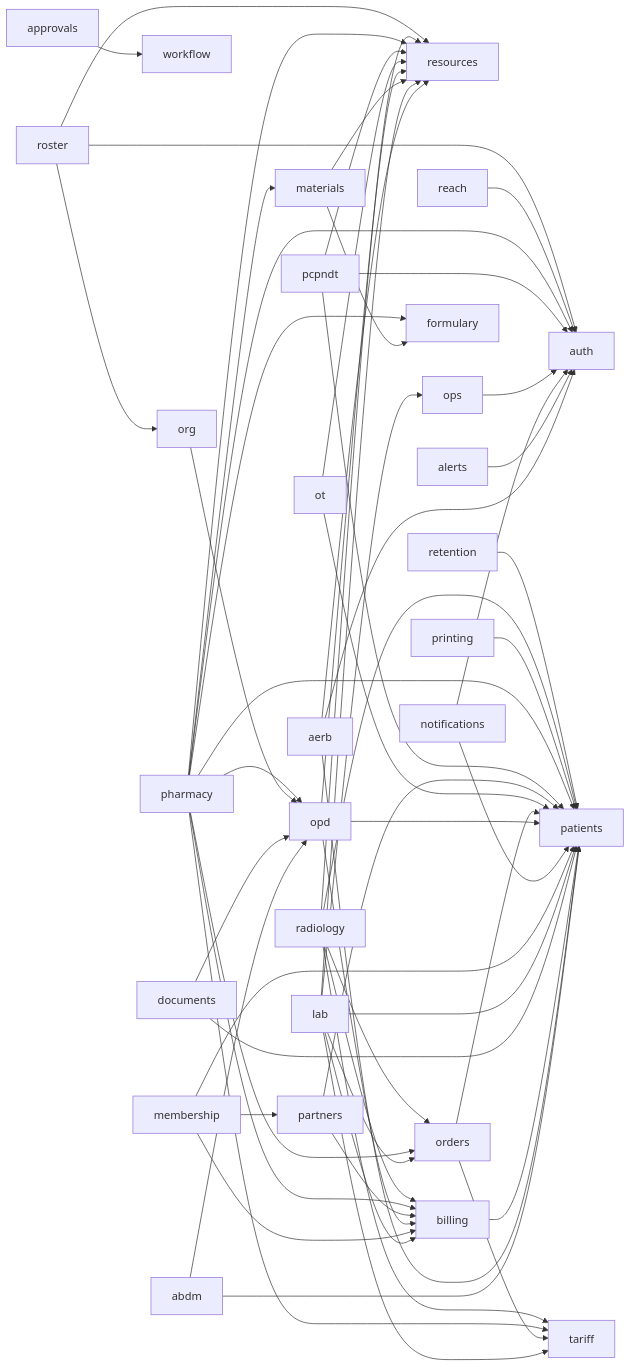
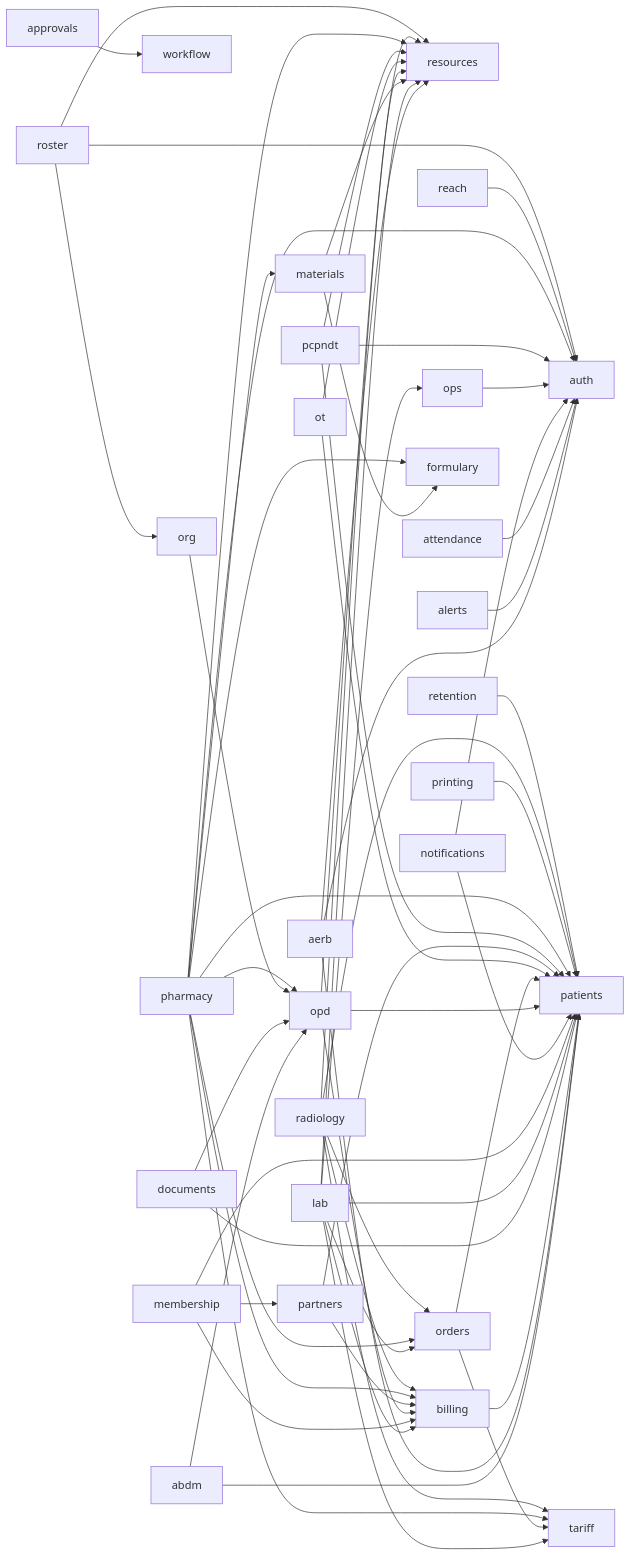
One commit to ankits3a/hims-hmis changed the diagram in docs/architecture/schema.md. Above: the diagram before and after it, drawn with Mermaid. The commit also changed other lines of this file and 93 other files, not shown here.

````diff
--- a/docs/architecture/schema.md
+++ b/docs/architecture/schema.md
@@ -13,60 +13,61 @@
 ```mermaid
 flowchart LR
   abdm[abdm] --> opd[opd]
   abdm[abdm] --> patients[patients]
   aerb[aerb] --> auth[auth]
   aerb[aerb] --> patients[patients]
   aerb[aerb] --> resources[resources]
   alerts[alerts] --> auth[auth]
   approvals[approvals] --> workflow[workflow]
+  attendance[attendance] --> auth[auth]
   billing[billing] --> patients[patients]
   documents[documents] --> opd[opd]
   documents[documents] --> patients[patients]
   lab[lab] --> billing[billing]
   lab[lab] --> ops[ops]
   lab[lab] --> orders[orders]
   lab[lab] --> patients[patients]
   lab[lab] --> resources[resources]
   lab[lab] --> tariff[tariff]
   materials[materials] --> formulary[formulary]
   materials[materials] --> resources[resources]
   membership[membership] --> billing[billing]
   membership[membership] --> partners[partners]
   membership[membership] --> patients[patients]
   notifications[notifications] --> auth[auth]
   notifications[notifications] --> patients[patients]
   opd[opd] --> billing[billing]
   opd[opd] --> patients[patients]
   opd[opd] --> resources[resources]
   ops[ops] --> auth[auth]
   orders[orders] --> patients[patients]
   orders[orders] --> tariff[tariff]
   org[org] --> opd[opd]
   ot[ot] --> patients[patients]
   ot[ot] --> resources[resources]
   partners[partners] --> billing[billing]
   partners[partners] --> patients[patients]
   pcpndt[pcpndt] --> auth[auth]
   pcpndt[pcpndt] --> patients[patients]
   pcpndt[pcpndt] --> resources[resources]
   pharmacy[pharmacy] --> auth[auth]
   pharmacy[pharmacy] --> billing[billing]
   pharmacy[pharmacy] --> formulary[formulary]
   pharmacy[pharmacy] --> materials[materials]
   pharmacy[pharmacy] --> opd[opd]
   pharmacy[pharmacy] --> orders[orders]
   pharmacy[pharmacy] --> patients[patients]
   pharmacy[pharmacy] --> resources[resources]
   pharmacy[pharmacy] --> tariff[tariff]
   printing[printing] --> patients[patients]
   radiology[radiology] --> billing[billing]
   radiology[radiology] --> orders[orders]
   radiology[radiology] --> patients[patients]
   radiology[radiology] --> resources[resources]
   radiology[radiology] --> tariff[tariff]
   reach[reach] --> auth[auth]
   retention[retention] --> patients[patients]
   roster[roster] --> auth[auth]
   roster[roster] --> org[org]
   roster[roster] --> resources[resources]
 ```
````
